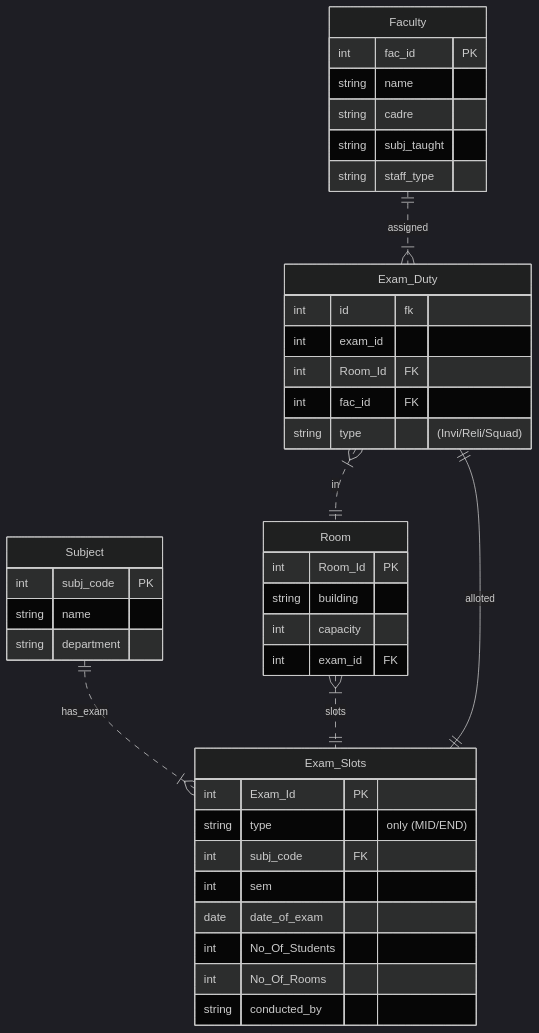
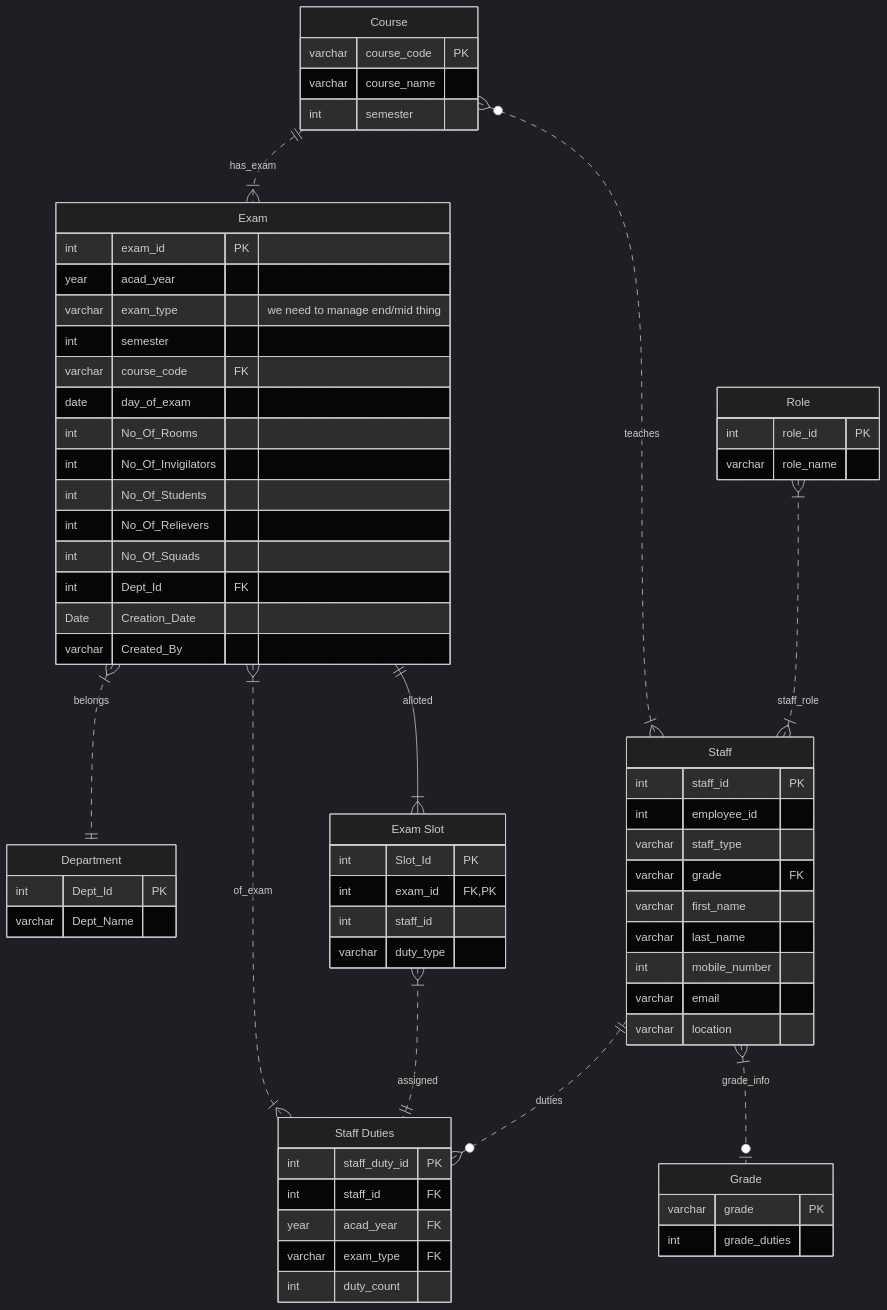
One commit to VaibhavShukla2004/Invigilation-Diagram changed the diagram in Diagram.mmd. Above: the diagram before and after it, drawn with Mermaid (dark theme).

Commit message:
Corrected Diagram

```diff
--- a/Diagram.mmd
+++ b/Diagram.mmd
@@ -1,47 +1,76 @@
 erDiagram
-    s[Subject] {
-        int subj_code PK
-        string name 
-        string department
+   e["Exam"] {
+    int exam_id PK 
+    year acad_year
+    varchar exam_type "we need to manage end/mid thing"
+    int semester
+    varchar course_code FK 
+    date day_of_exam
+    int No_Of_Rooms
+    int No_Of_Invigilators
+    int No_Of_Students
+    int No_Of_Relievers
+    int No_Of_Squads
+    int Dept_Id FK
+    Date Creation_Date
+    varchar Created_By
     }
 
-    r[Room] {
-        int Room_Id PK
-        string building 
-        int capacity
-        int exam_id FK
+    d["Department"] {
+        int Dept_Id PK
+        varchar Dept_Name
     }
 
-    es[Exam_Slots] {
-        int Exam_Id PK 
-        string type "only (MID/END)" 
-        int subj_code FK
-        int sem
-        date date_of_exam
-        int No_Of_Students
-        int No_Of_Rooms
-        string conducted_by
+
+    c["Course"] {
+        varchar course_code PK
+        varchar course_name
+        int semester
     }
 
-    f[Faculty] {
-        int fac_id PK
-        string name 
-        string cadre
-        string subj_taught
-        string staff_type
+    es["Exam Slot"] {
+        int Slot_Id PK
+        int exam_id FK,PK
+        int staff_id
+        varchar duty_type 
     }
 
-    ed[Exam_Duty] {
-        int id fk 
-        int exam_id
-        int Room_Id FK
-        int fac_id FK
-        string type "(Invi/Reli/Squad)"
-
+    s["Staff"] {
+        int staff_id PK
+        int employee_id 
+        varchar staff_type 
+        varchar grade FK
+        varchar first_name
+        varchar last_name
+        int mobile_number
+        varchar email
+        varchar location
     }
 
-    s ||..|{ es : has_exam
-    r}|..|| es : slots
-    ed}|..||r : in
-    ed||--||es : alloted
-    f||..|{ed : assigned  
+    sd["Staff Duties"] {
+        int staff_duty_id PK
+        int staff_id FK
+        year acad_year FK
+        varchar exam_type FK
+        int duty_count
+    }
+
+    r["Role"] {
+        int role_id PK
+        varchar role_name
+    }
+
+    g["Grade"] {
+        varchar grade PK 
+        int grade_duties
+    }
+
+    e ||--|{ es : alloted
+    e }|..|| d : belongs
+    c ||..|{ e : has_exam
+    e }|..|{ sd : of_exam 
+    es }|..|| sd : assigned
+    s ||..o{ sd : duties
+    c }o..|{ s : teaches
+    s }|..o| g : grade_info
+    r }|..|{ s : staff_role
```
